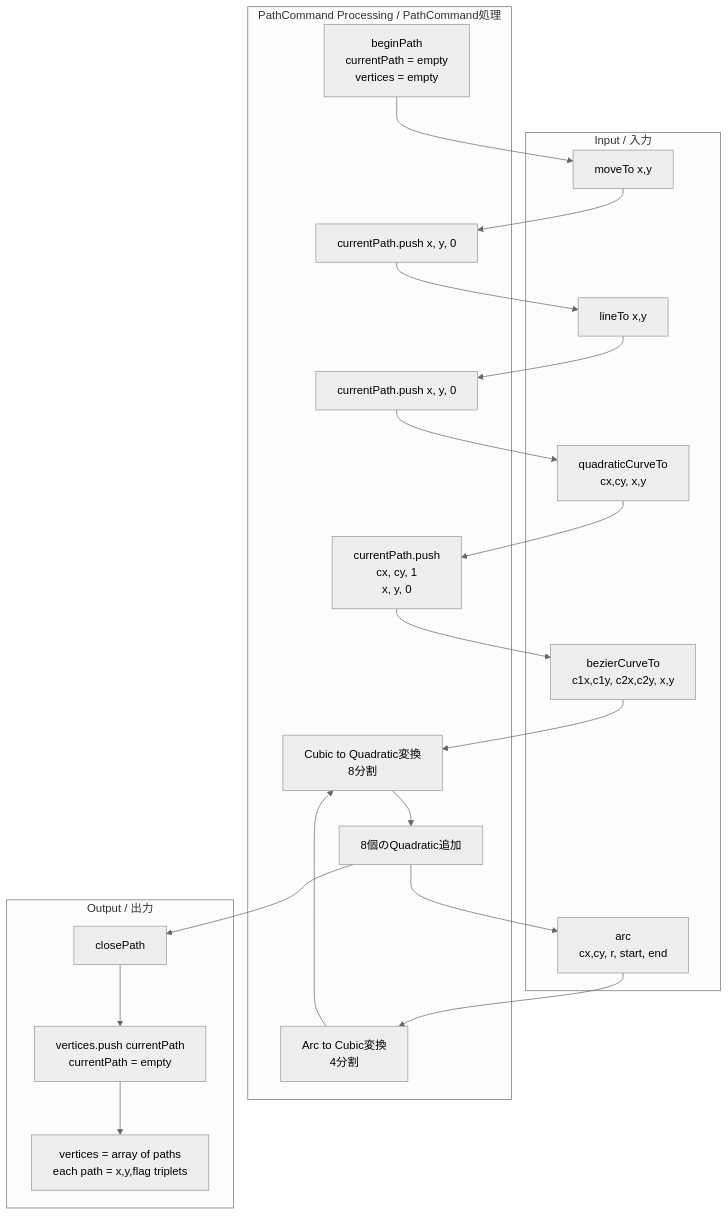
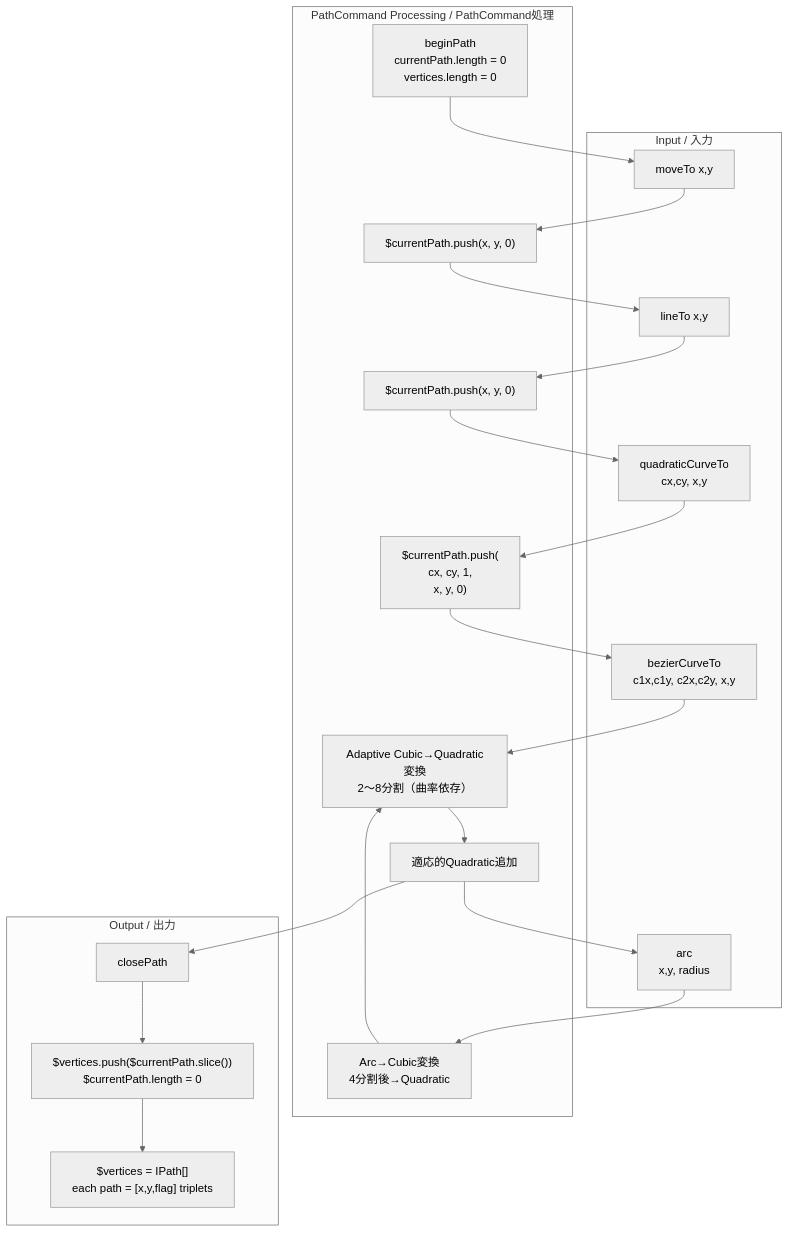
Before and after one commit to Next2D/player: the sixth of 37 diagrams in packages/webgl/RENDERING_FLOW.md, drawn with Mermaid (neutral theme). The commit also changed other lines of this file, not shown here.

````diff
--- a/packages/webgl/RENDERING_FLOW.md
+++ b/packages/webgl/RENDERING_FLOW.md
@@ -248,42 +300,42 @@
 ```mermaid
 flowchart TB
     subgraph Input["Input / 入力"]
         MOVE[moveTo x,y]
         LINE[lineTo x,y]
         QUAD[quadraticCurveTo<br/>cx,cy, x,y]
         CUBIC[bezierCurveTo<br/>c1x,c1y, c2x,c2y, x,y]
-        ARC[arc<br/>cx,cy, r, start, end]
+        ARC[arc<br/>x,y, radius]
     end
 
     subgraph Process["PathCommand Processing / PathCommand処理"]
-        BEGIN[beginPath<br/>currentPath = empty<br/>vertices = empty]
-        ADD_MOVE["currentPath.push x, y, 0"]
-        ADD_LINE["currentPath.push x, y, 0"]
-        ADD_QUAD["currentPath.push<br/>cx, cy, 1<br/>x, y, 0"]
-        CONVERT_CUBIC[Cubic to Quadratic変換<br/>8分割]
-        ADD_QUADS["8個のQuadratic追加"]
-        CONVERT_ARC[Arc to Cubic変換<br/>4分割]
+        BEGIN[beginPath<br/>currentPath.length = 0<br/>vertices.length = 0]
+        ADD_MOVE["$currentPath.push(x, y, 0)"]
+        ADD_LINE["$currentPath.push(x, y, 0)"]
+        ADD_QUAD["$currentPath.push(<br/>cx, cy, 1,<br/>x, y, 0)"]
+        CONVERT_CUBIC[Adaptive Cubic→Quadratic変換<br/>2〜8分割（曲率依存）]
+        ADD_QUADS["適応的Quadratic追加"]
+        CONVERT_ARC[Arc→Cubic変換<br/>4分割後→Quadratic]
     end
 
     subgraph Output["Output / 出力"]
         CLOSE[closePath]
-        STORE["vertices.push currentPath<br/>currentPath = empty"]
-        RESULT["vertices = array of paths<br/>each path = x,y,flag triplets"]
+        STORE["$vertices.push($currentPath.slice())<br/>$currentPath.length = 0"]
+        RESULT["$vertices = IPath[]<br/>each path = [x,y,flag] triplets"]
     end
 
     BEGIN --> MOVE
     MOVE --> ADD_MOVE
     ADD_MOVE --> LINE
     LINE --> ADD_LINE
     ADD_LINE --> QUAD
     QUAD --> ADD_QUAD
     ADD_QUAD --> CUBIC
     CUBIC --> CONVERT_CUBIC
     CONVERT_CUBIC --> ADD_QUADS
     ADD_QUADS --> ARC
     ARC --> CONVERT_ARC
     CONVERT_ARC --> CONVERT_CUBIC
     ADD_QUADS --> CLOSE
     CLOSE --> STORE
     STORE --> RESULT
 ```
````
